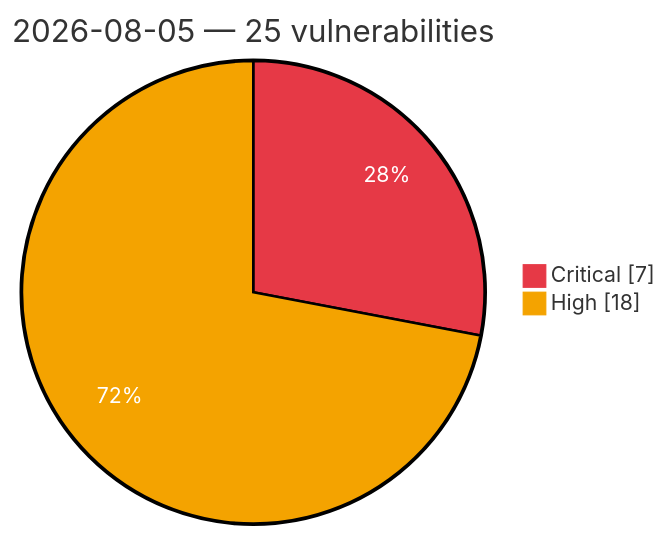
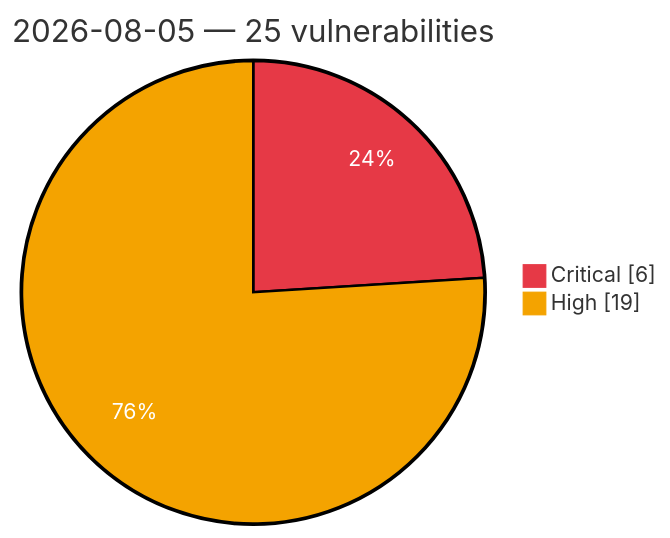
One commit to GhostX0X/vuln-tracker changed the diagram in vulnerabilities/2026-08-05.md. Above: the diagram before and after it, drawn with Mermaid. The commit also changed other lines of this file and 1 other file, not shown here.

Commit message:
Auto update: critical/high vulns (2026-08-05 21:45 UTC)

````diff
--- a/vulnerabilities/2026-08-05.md
+++ b/vulnerabilities/2026-08-05.md
@@ -3,7 +3,7 @@
 ```mermaid
 %%{init: {'theme':'base', 'themeVariables': {'pie1':'#e63946', 'pie2':'#f4a300', 'pieOpacity':'1', 'pieOuterStrokeWidth':'2px', 'pieSectionTextColor':'#ffffff'}}}%%
 pie showData
     title 2026-08-05 — 25 vulnerabilities
-    "Critical" : 7
-    "High" : 18
+    "Critical" : 6
+    "High" : 19
 ```
````
